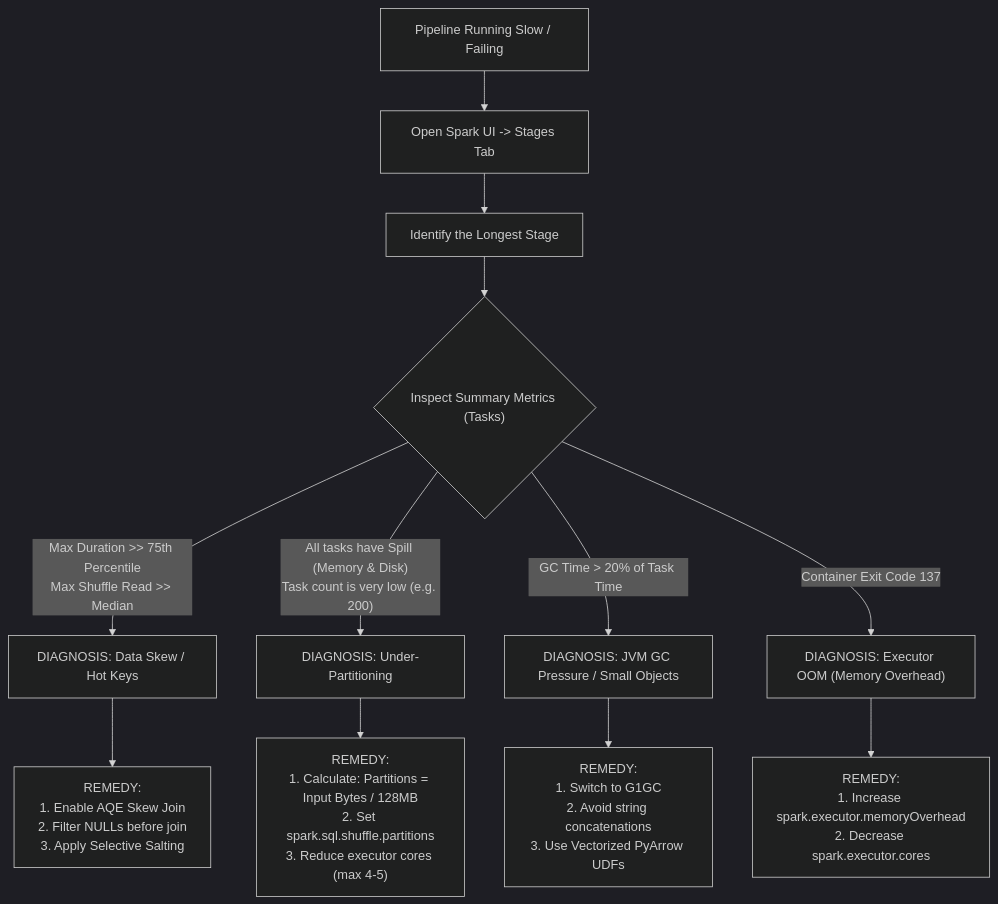
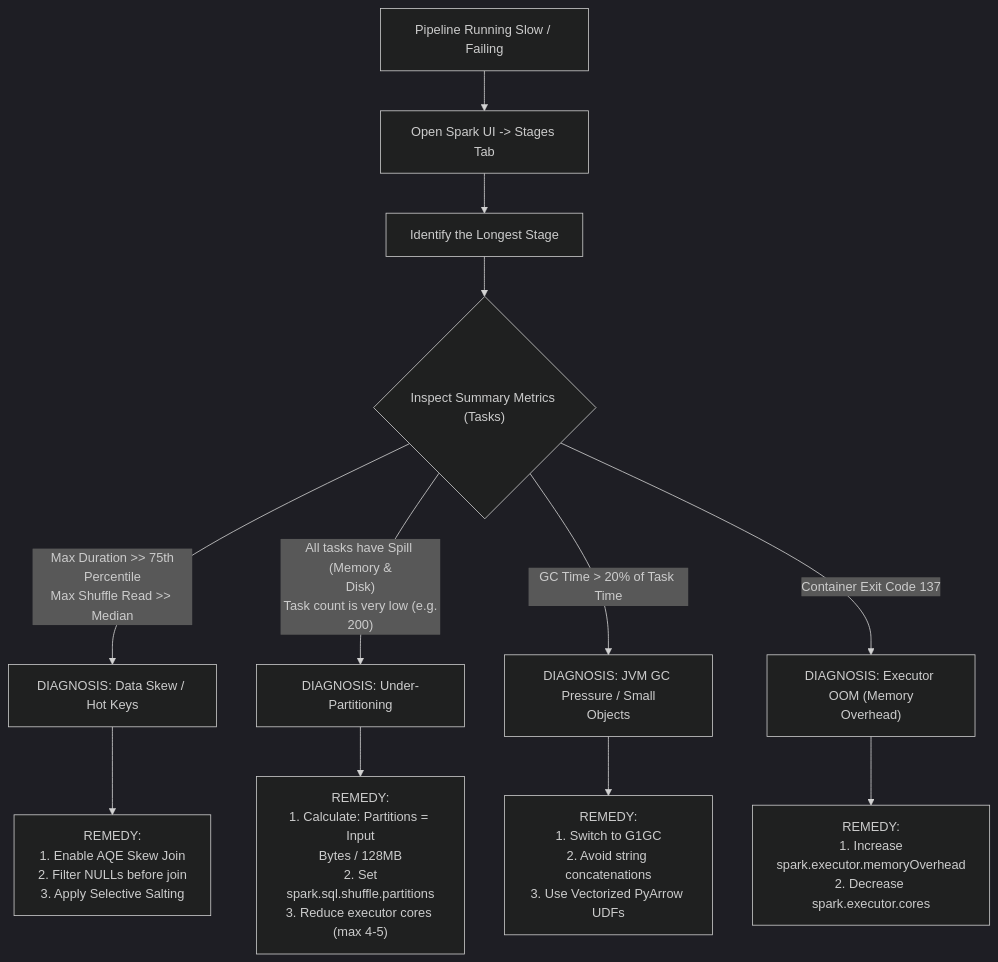
The second of 2 diagrams in docs/architecture/10_production_databricks_medallion_blueprint_and_runbook.md (santoshjammi29/moderndataengineer), drawn with Mermaid (dark theme) before and after one commit. The commit also changed other lines of this file and 29 other files, not shown here.

Commit message:
fix(diagrams): word-wrap labels and escape comparison operators across all diagrams

````diff
--- a/docs/architecture/10_production_databricks_medallion_blueprint_and_runbook.md
+++ b/docs/architecture/10_production_databricks_medallion_blueprint_and_runbook.md
@@ -206,16 +206,16 @@
 ```mermaid
 flowchart TD
     Issue["Pipeline Running Slow / Failing"] --> OpenUI["Open Spark UI -> Stages Tab"]
     OpenUI --> CheckStages["Identify the Longest Stage"]
     CheckStages --> CheckMetrics{"Inspect Summary Metrics (Tasks)"}
 
-    CheckMetrics -->|"Max Duration >> 75th Percentile\nMax Shuffle Read >> Median"| SkewDiag["DIAGNOSIS: Data Skew / Hot Keys"]
-    CheckMetrics -->|"All tasks have Spill (Memory & Disk)\nTask count is very low (e.g. 200)"| SpillDiag["DIAGNOSIS: Under-Partitioning"]
-    CheckMetrics -->|"GC Time > 20% of Task Time"| GCDiag["DIAGNOSIS: JVM GC Pressure / Small Objects"]
-    CheckMetrics -->|"Container Exit Code 137"| OOMDiag["DIAGNOSIS: Executor OOM (Memory Overhead)"]
+    CheckMetrics -->|"Max Duration >&gt; 75th<br/>Percentile<br/>Max Shuffle Read >&gt; Median"| SkewDiag["DIAGNOSIS: Data Skew / Hot Keys"]
+    CheckMetrics -->|"All tasks have Spill (Memory &<br/>Disk)<br/>Task count is very low (e.g.<br/>200)"| SpillDiag["DIAGNOSIS: Under-Partitioning"]
+    CheckMetrics -->|"GC Time &gt; 20% of Task Time"| GCDiag["DIAGNOSIS: JVM GC Pressure / Small<br/>Objects"]
+    CheckMetrics -->|"Container Exit Code 137"| OOMDiag["DIAGNOSIS: Executor OOM (Memory<br/>Overhead)"]
 
-    SkewDiag --> FixSkew["REMEDY:\n1. Enable AQE Skew Join\n2. Filter NULLs before join\n3. Apply Selective Salting"]
-    SpillDiag --> FixSpill["REMEDY:\n1. Calculate: Partitions = Input Bytes / 128MB\n2. Set spark.sql.shuffle.partitions\n3. Reduce executor cores (max 4-5)"]
-    GCDiag --> FixGC["REMEDY:\n1. Switch to G1GC\n2. Avoid string concatenations\n3. Use Vectorized PyArrow UDFs"]
-    OOMDiag --> FixOOM["REMEDY:\n1. Increase spark.executor.memoryOverhead\n2. Decrease spark.executor.cores"]
+    SkewDiag --> FixSkew["REMEDY:<br/>1. Enable AQE Skew Join<br/>2. Filter NULLs before join<br/>3. Apply Selective Salting"]
+    SpillDiag --> FixSpill["REMEDY:<br/>1. Calculate: Partitions = Input<br/>Bytes / 128MB<br/>2. Set<br/>spark.sql.shuffle.partitions<br/>3. Reduce executor cores (max 4-5)"]
+    GCDiag --> FixGC["REMEDY:<br/>1. Switch to G1GC<br/>2. Avoid string concatenations<br/>3. Use Vectorized PyArrow UDFs"]
+    OOMDiag --> FixOOM["REMEDY:<br/>1. Increase<br/>spark.executor.memoryOverhead<br/>2. Decrease spark.executor.cores"]
 ```
````
